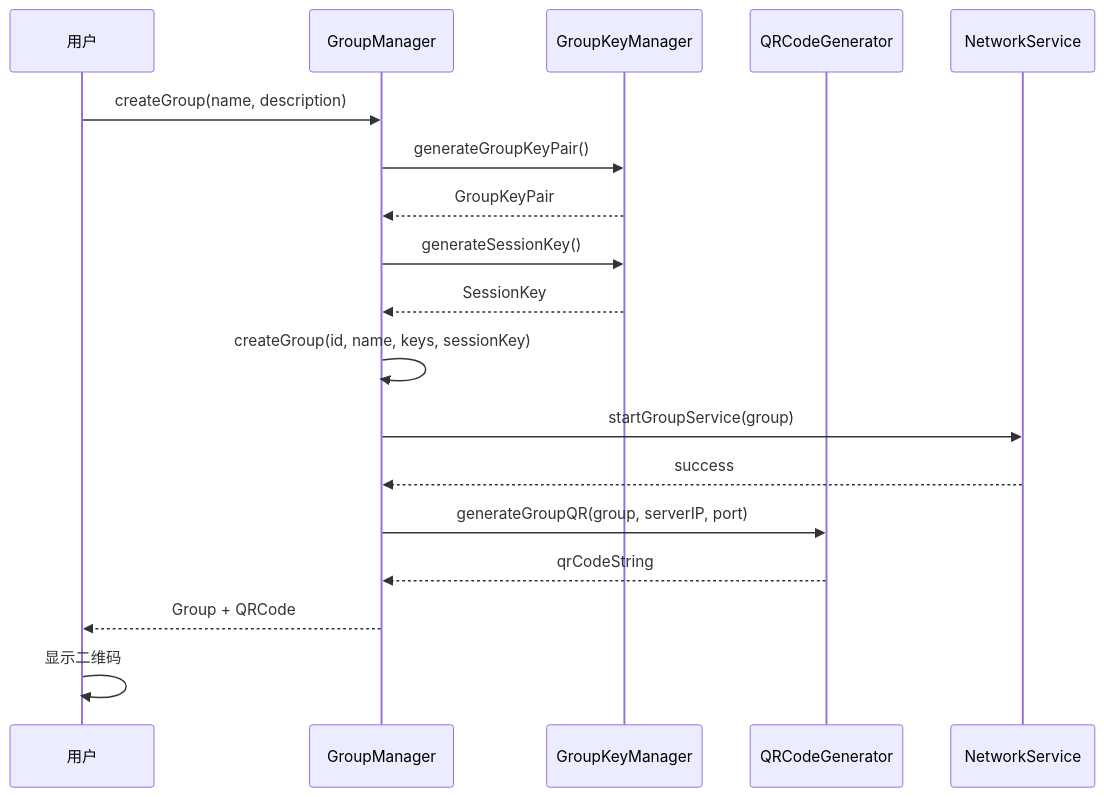
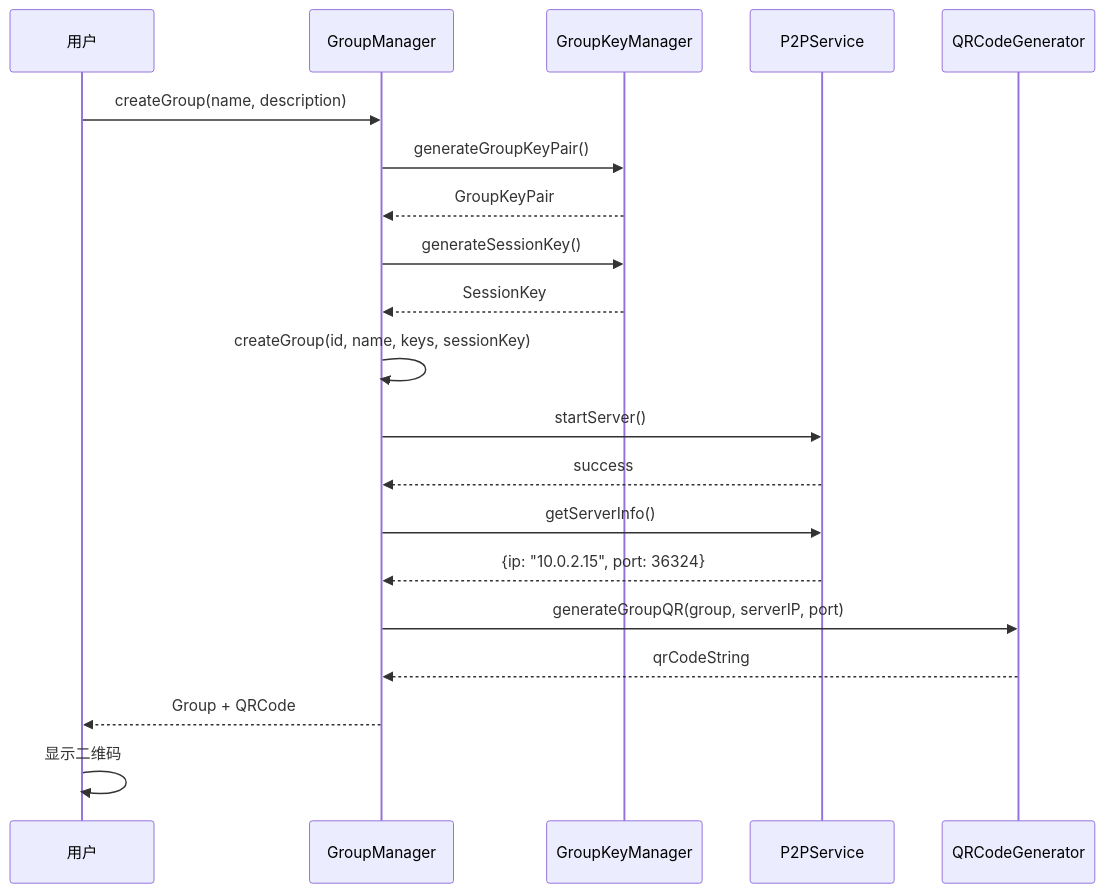
The second of 4 diagrams in 模块设计文档/01-群组管理模块详细设计.md (JOHNKING123/MyTestApp), drawn with Mermaid before and after one commit. The commit also changed other lines of this file and 9 other files, not shown here.

````diff
--- a/模块设计文档/01-群组管理模块详细设计.md
+++ b/模块设计文档/01-群组管理模块详细设计.md
@@ -239,25 +323,28 @@
 ```mermaid
 sequenceDiagram
     participant U as 用户
     participant GM as GroupManager
     participant GK as GroupKeyManager
+    participant PS as P2PService
     participant QR as QRCodeGenerator
-    participant NS as NetworkService
     
     U->>GM: createGroup(name, description)
     GM->>GK: generateGroupKeyPair()
     GK-->>GM: GroupKeyPair
     
     GM->>GK: generateSessionKey()
     GK-->>GM: SessionKey
     
     GM->>GM: createGroup(id, name, keys, sessionKey)
-    GM->>NS: startGroupService(group)
-    NS-->>GM: success
+    GM->>PS: startServer()
+    PS-->>GM: success
+    
+    GM->>PS: getServerInfo()
+    PS-->>GM: {ip: "10.0.2.15", port: 36324}
     
     GM->>QR: generateGroupQR(group, serverIP, port)
     QR-->>GM: qrCodeString
     
     GM-->>U: Group + QRCode
     U->>U: 显示二维码
 ```
````
